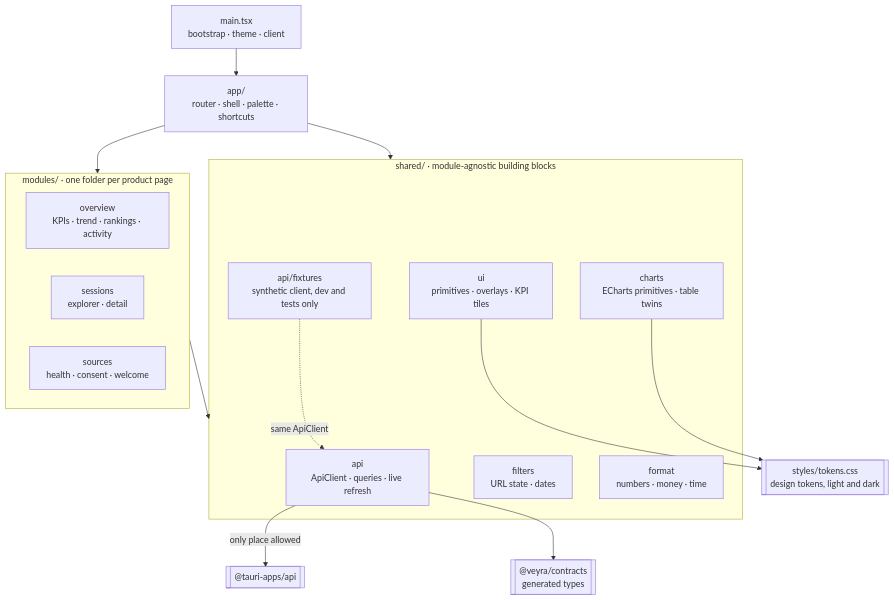
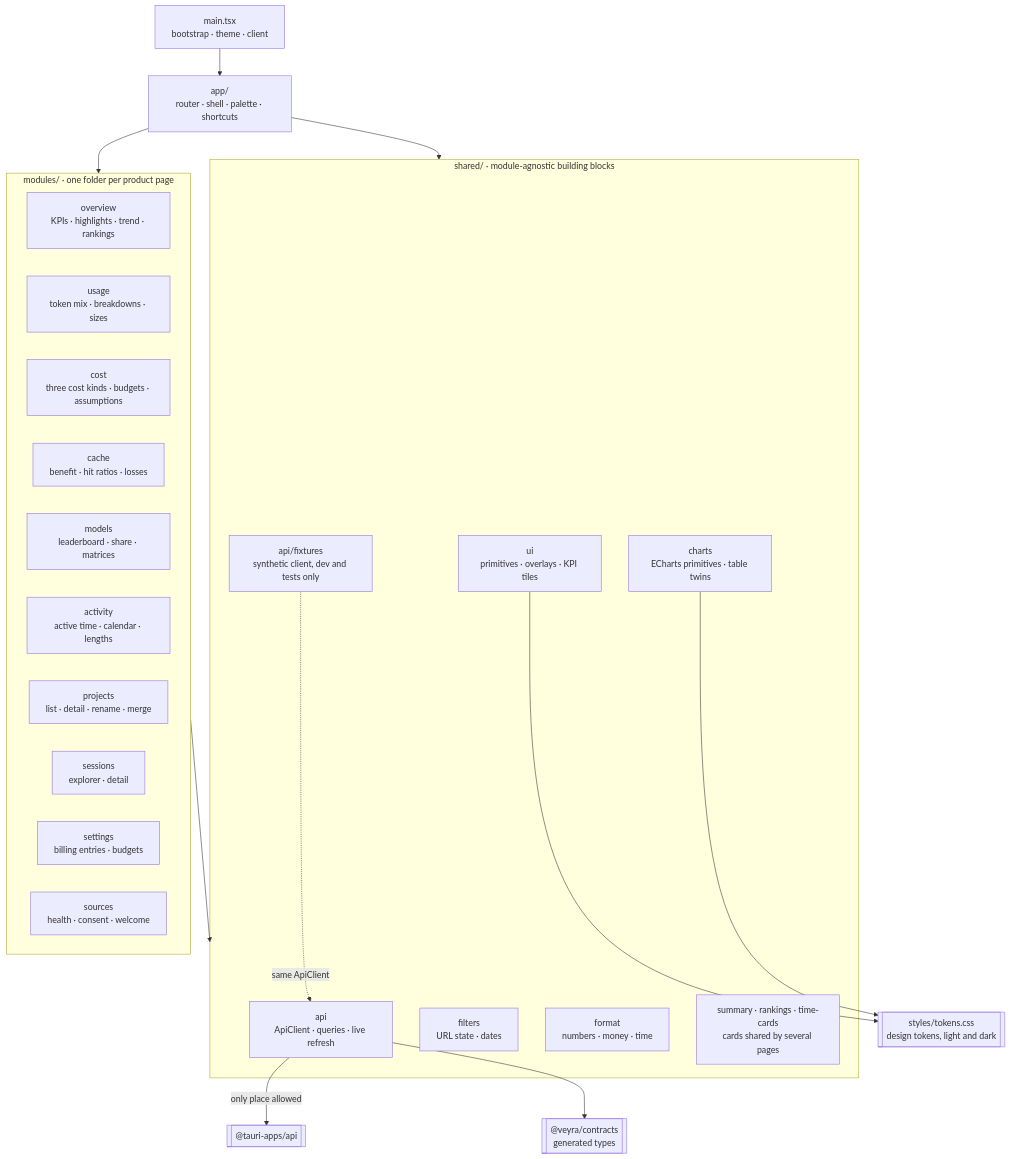
The tenth of 21 diagrams in README.md (akanjb/VEYRA), drawn with Mermaid before and after one commit. The commit also changed other lines of this file, not shown here.

First line of the commit message:
Mark the analytics pages complete in the README and record their measured speed

````diff
--- a/README.md
+++ b/README.md
@@ -393,26 +396,34 @@
 ```mermaid
 flowchart TB
   main[main.tsx<br/>bootstrap · theme · client] --> app[app/<br/>router · shell · palette · shortcuts]
   app --> mods
   subgraph mods [modules/ · one folder per product page]
-    ov[overview<br/>KPIs · trend · rankings · activity]
+    ov[overview<br/>KPIs · highlights · trend · rankings]
+    us[usage<br/>token mix · breakdowns · sizes]
+    co[cost<br/>three cost kinds · budgets · assumptions]
+    ca[cache<br/>benefit · hit ratios · losses]
+    mo[models<br/>leaderboard · share · matrices]
+    ac[activity<br/>active time · calendar · lengths]
+    pr[projects<br/>list · detail · rename · merge]
     se[sessions<br/>explorer · detail]
+    st[settings<br/>billing entries · budgets]
     so[sources<br/>health · consent · welcome]
   end
   subgraph shared [shared/ · module-agnostic building blocks]
     api[api<br/>ApiClient · queries · live refresh]
     fix[api/fixtures<br/>synthetic client, dev and tests only]
     fil[filters<br/>URL state · dates]
     ch[charts<br/>ECharts primitives · table twins]
     ui[ui<br/>primitives · overlays · KPI tiles]
     fmt[format<br/>numbers · money · time]
+    cards[summary · rankings · time-cards<br/>cards shared by several pages]
   end
   tokens[[styles/tokens.css<br/>design tokens, light and dark]]
   mods --> shared
   app --> shared
   ui --> tokens
   ch --> tokens
   api -->|only place allowed| tauri[["@tauri-apps/api"]]
   api --> contracts[["@veyra/contracts<br/>generated types"]]
   fix -.->|same ApiClient| api
 ```
````
